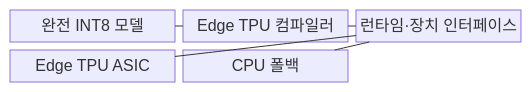
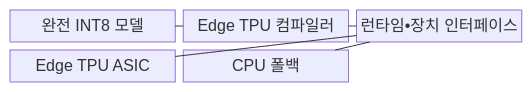
One commit to agnusdei1207/knowledge-base changed the first of 2 diagrams in src/content/docs/notes/08-latest-tech/053_edge_tpu.md. Above: the diagram before and after it, drawn with Mermaid. The commit also changed other lines of this file and 953 other files, not shown here.

````diff
--- a/src/content/docs/notes/08-latest-tech/053_edge_tpu.md
+++ b/src/content/docs/notes/08-latest-tech/053_edge_tpu.md
@@ -70,13 +70,13 @@
 ```mermaid
 block-beta
   columns 3
   A["완전 INT8 모델"]
   B["Edge TPU 컴파일러"]
-  C["런타임·장치 인터페이스"]
+  C["런타임•장치 인터페이스"]
   D["Edge TPU ASIC"]
   E["CPU 폴백"]
   A --- B
   B --- C
   C --- D
   C --- E
 ```
````
